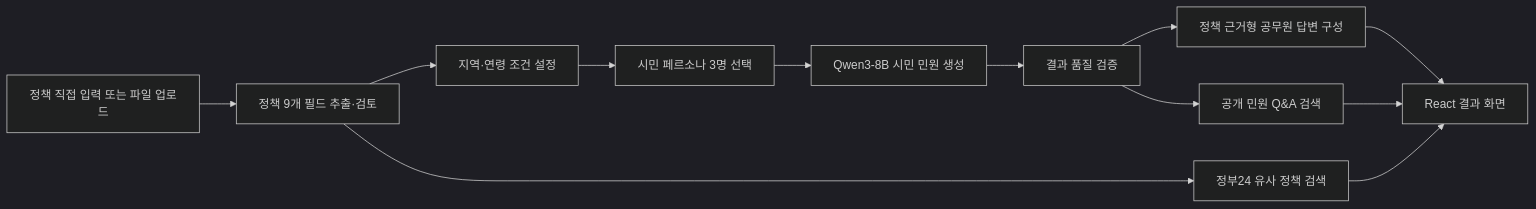
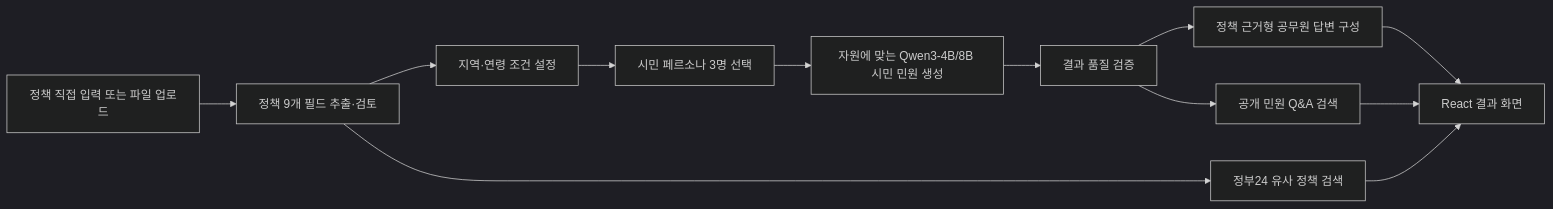
One commit to dev-samuel-codes/policy_risk_persona_simulator changed the diagram in README.md. Above: the diagram before and after it, drawn with Mermaid (dark theme). The commit also changed other lines of this file and 4 other files, not shown here.

````diff
--- a/README.md
+++ b/README.md
@@ -49,14 +49,14 @@
 ```mermaid
 flowchart LR
     A["정책 직접 입력 또는 파일 업로드"] --> B["정책 9개 필드 추출·검토"]
     B --> C["지역·연령 조건 설정"]
     C --> D["시민 페르소나 3명 선택"]
-    D --> E["Qwen3-8B 시민 민원 생성"]
+    D --> E["자원에 맞는 Qwen3-4B/8B 시민 민원 생성"]
     E --> F["결과 품질 검증"]
     F --> G["정책 근거형 공무원 답변 구성"]
     B --> H["정부24 유사 정책 검색"]
     F --> I["공개 민원 Q&A 검색"]
     G --> J["React 결과 화면"]
     H --> J
     I --> J
 ```
````
